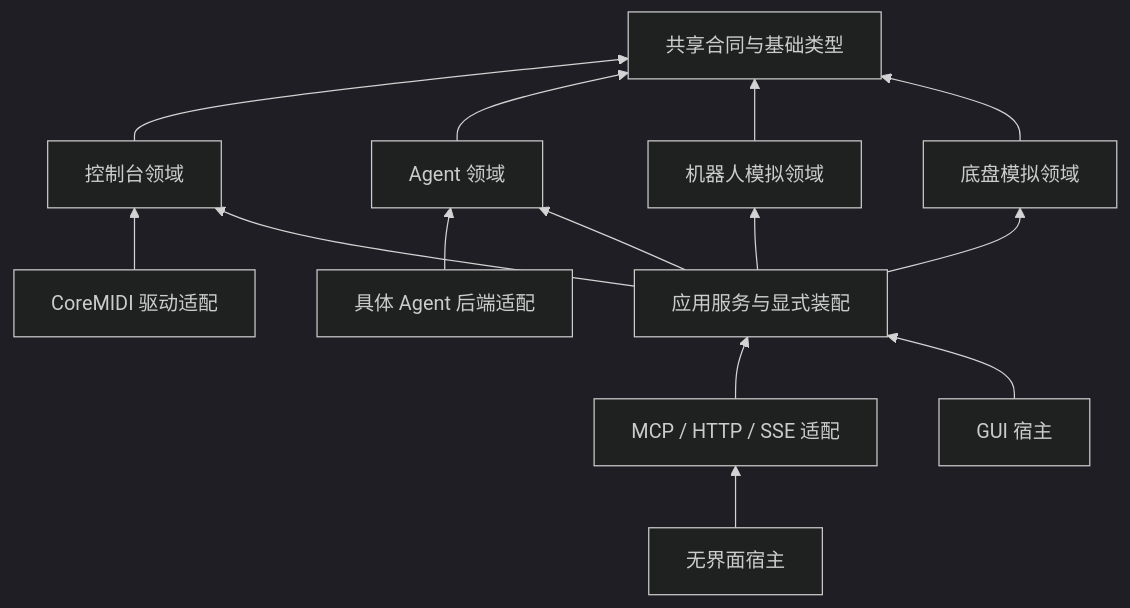
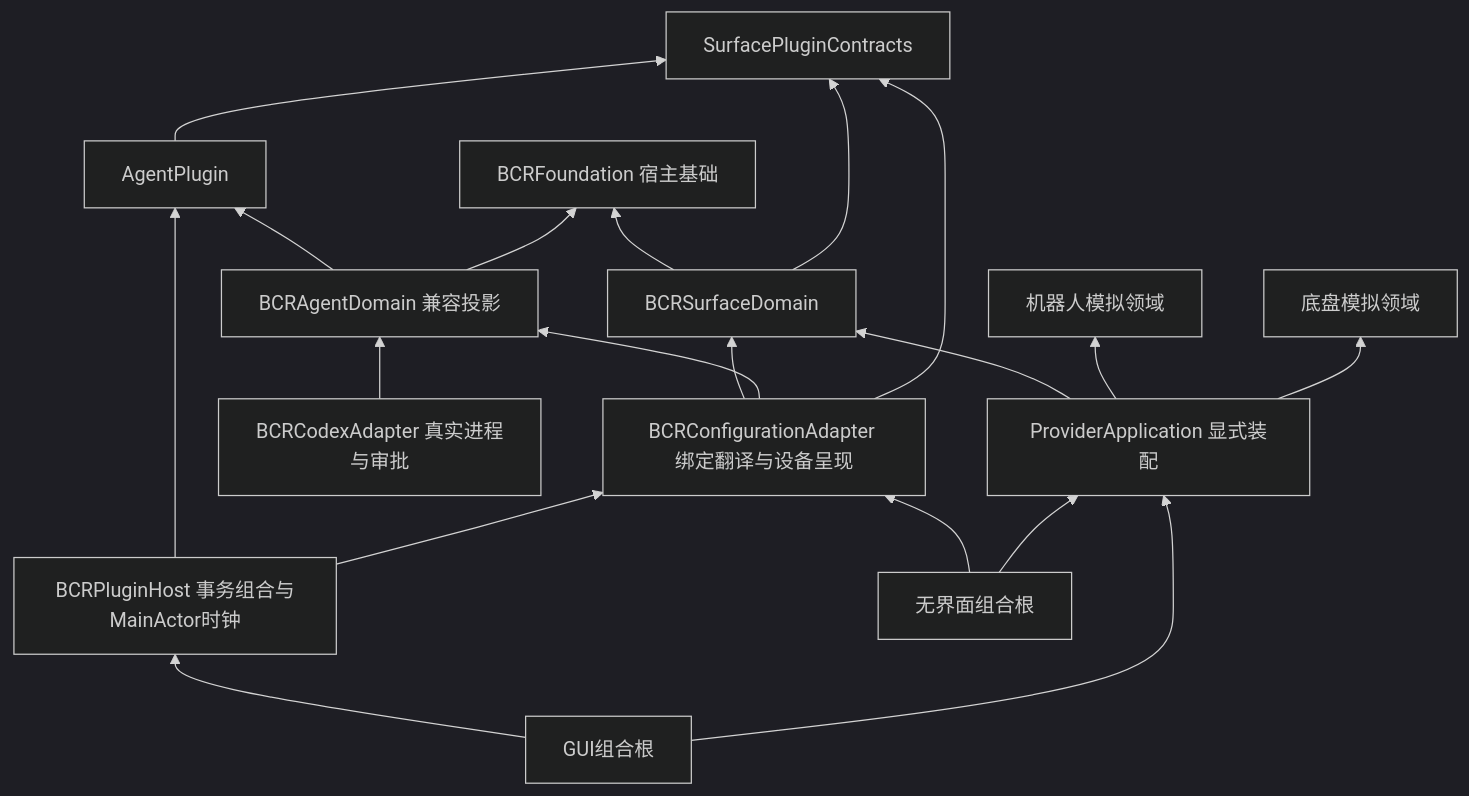
One commit to NorthBoundWisdom/BCR2000Dev changed the diagram in docs/adr/0001-provider-domain-boundaries.md. Above: the diagram before and after it, drawn with Mermaid (dark theme). The commit also changed other lines of this file and 16 other files, not shown here.

````diff
--- a/docs/adr/0001-provider-domain-boundaries.md
+++ b/docs/adr/0001-provider-domain-boundaries.md
@@ -21,17 +22,23 @@
 ```mermaid
 flowchart BT
-  Foundation[共享合同与基础类型]
-  Surface[控制台领域] --> Foundation
-  Agent[Agent 领域] --> Foundation
-  Robot[机器人模拟领域] --> Foundation
-  Chassis[底盘模拟领域] --> Foundation
-  Codex[具体 Agent 后端适配] --> Agent
-  Driver[CoreMIDI 驱动适配] --> Surface
-  Application[应用服务与显式装配] --> Surface
-  Application --> Agent
-  Application --> Robot
-  Application --> Chassis
-  MCP[MCP / HTTP / SSE 适配] --> Application
-  GUI[GUI 宿主] --> Application
-  Service[无界面宿主] --> MCP
+  Contracts[SurfacePluginContracts]
+  SharedAgent[AgentPlugin] --> Contracts
+  Foundation[BCRFoundation 宿主基础]
+  Surface[BCRSurfaceDomain] --> Foundation
+  Surface --> Contracts
+  Compat[BCRAgentDomain 兼容投影] --> SharedAgent
+  Compat --> Foundation
+  Config[BCRConfigurationAdapter 绑定翻译与设备呈现] --> Surface
+  Config --> Compat
+  Config --> Contracts
+  Host[BCRPluginHost 事务组合与MainActor时钟] --> SharedAgent
+  Host --> Config
+  Codex[BCRCodexAdapter 真实进程与审批] --> Compat
+  Application[ProviderApplication 显式装配] --> Surface
+  Application --> Robot[机器人模拟领域]
+  Application --> Chassis[底盘模拟领域]
+  GUI[GUI组合根] --> Host
+  GUI --> Application
+  Service[无界面组合根] --> Config
+  Service --> Application
 ```
````
